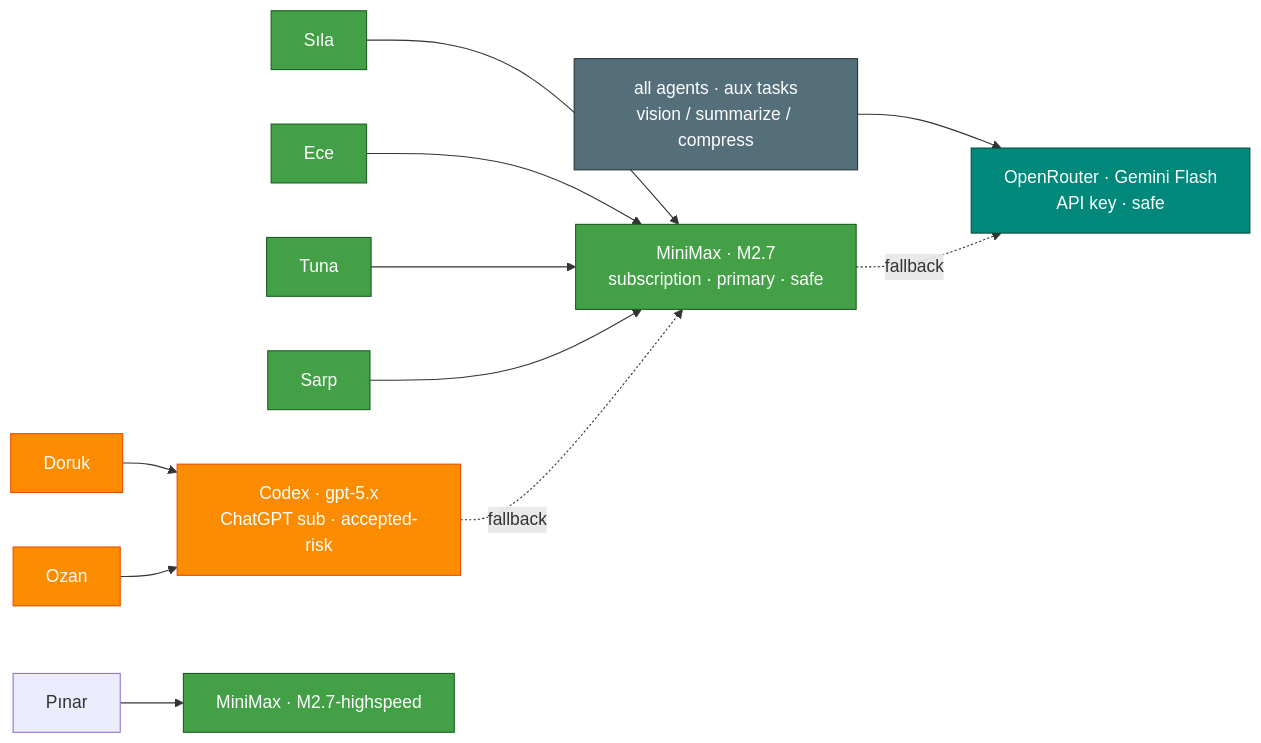
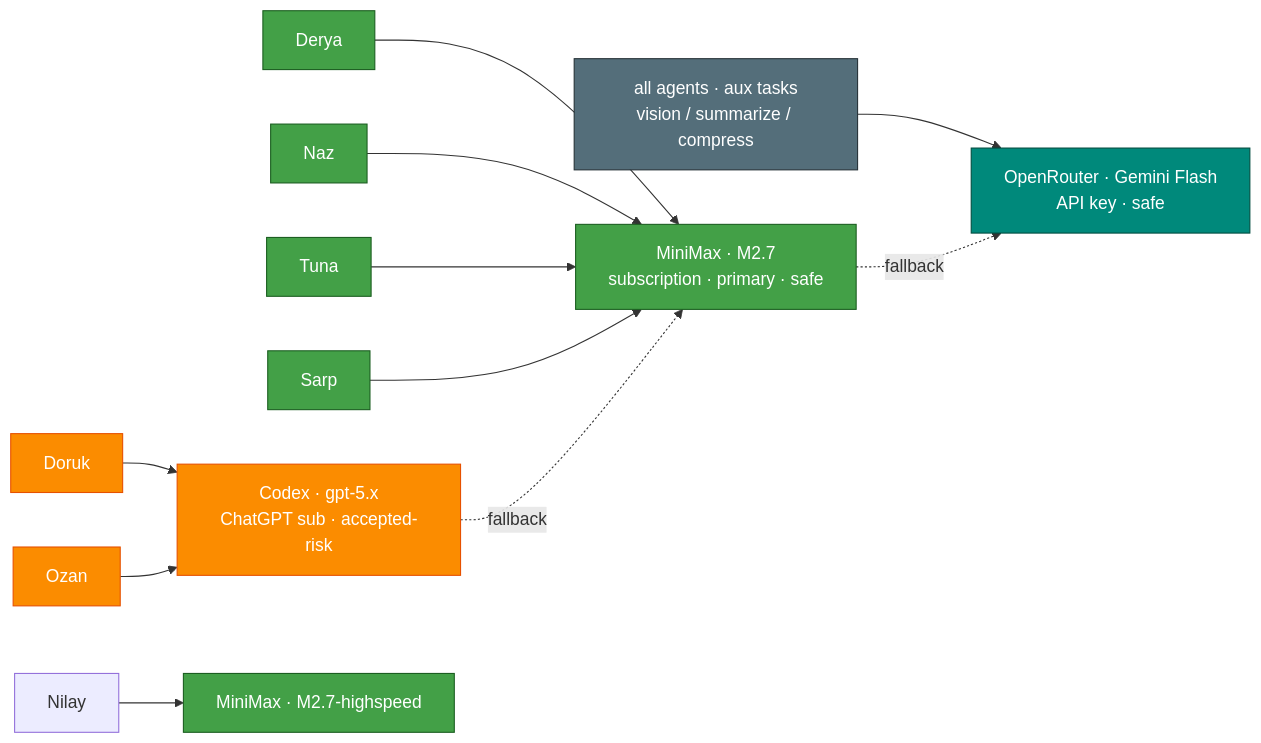
The diagram in docs/04-models.md (mpolatcan/hermes-setup), drawn with Mermaid before and after one commit. The commit also changed other lines of this file and 10 other files, not shown here.

First line of the commit message:
Rename agents: Sila->Derya, Pinar->Nilay, Ece->Naz

````diff
--- a/docs/04-models.md
+++ b/docs/04-models.md
@@ -7,17 +7,17 @@
 ```mermaid
 flowchart LR
     Doruk & Ozan --> codex["Codex · gpt-5.x<br/>ChatGPT sub · accepted-risk"]
-    Sila["Sıla"] & Ece & Tuna & Sarp --> mini["MiniMax · M2.7<br/>subscription · primary · safe"]
-    Pinar["Pınar"] --> mhs["MiniMax · M2.7-highspeed"]
+    Derya & Naz & Tuna & Sarp --> mini["MiniMax · M2.7<br/>subscription · primary · safe"]
+    Nilay --> mhs["MiniMax · M2.7-highspeed"]
     aux["all agents · aux tasks<br/>vision / summarize / compress"] --> or["OpenRouter · Gemini Flash<br/>API key · safe"]
     codex -. fallback .-> mini
     mini -. fallback .-> or
     classDef codex fill:#FB8C00,stroke:#E65100,color:#fff
     classDef mini fill:#43A047,stroke:#1B5E20,color:#fff
     classDef ext fill:#00897B,stroke:#004D40,color:#fff
     classDef neutral fill:#546E7A,stroke:#263238,color:#fff
     class Doruk,Ozan,codex codex
-    class Sila,Ece,Tuna,Sarp,mini,mhs mini
+    class Derya,Naz,Tuna,Sarp,mini,mhs mini
     class or ext
     class aux neutral
 ```
````
